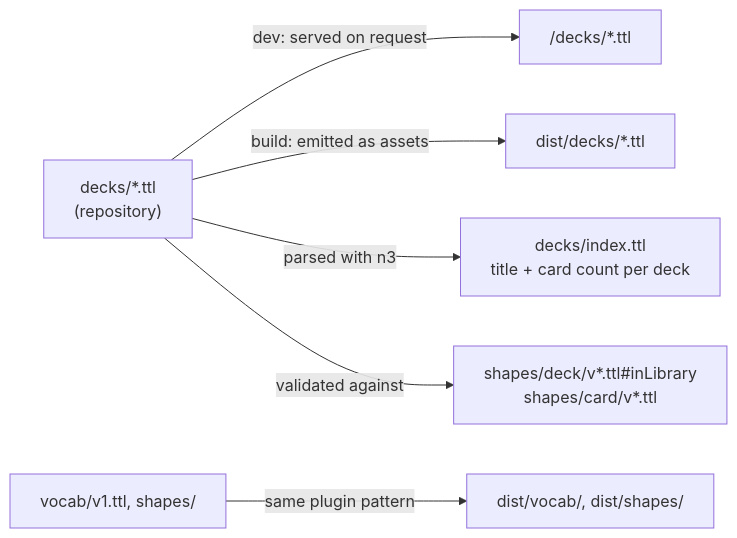
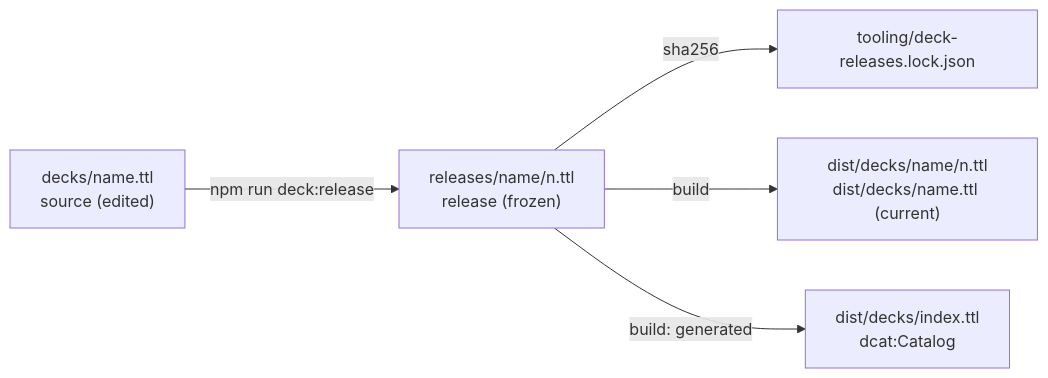
Before and after one commit to antwika/solid-memo: the first of 2 diagrams in docs/deck-library.md, drawn with Mermaid. The commit also changed other lines of this file and 227 other files, not shown here.

````diff
--- a/docs/deck-library.md
+++ b/docs/deck-library.md
@@ -110,8 +11,7 @@
 ```mermaid
 flowchart LR
-    src["decks/*.ttl<br/>(repository)"] -->|dev: served on request| dev["/decks/*.ttl"]
-    src -->|build: emitted as assets| dist["dist/decks/*.ttl"]
-    src -->|parsed with n3| idx["decks/index.ttl<br/>title + card count per deck"]
-    src -->|validated against| shapes["shapes/deck/v*.ttl#inLibrary<br/>shapes/card/v*.ttl"]
-    vocab["vocab/v1.ttl, shapes/"] -->|same plugin pattern| pub["dist/vocab/, dist/shapes/"]
+    src["decks/name.ttl<br/>source (edited)"] -->|npm run deck:release| rel["releases/name/n.ttl<br/>release (frozen)"]
+    rel -->|sha256| lock["tooling/deck-releases.lock.json"]
+    rel -->|build| dist["dist/decks/name/n.ttl<br/>dist/decks/name.ttl (current)"]
+    rel -->|build: generated| idx["dist/decks/index.ttl<br/>dcat:Catalog"]
 ```
````
